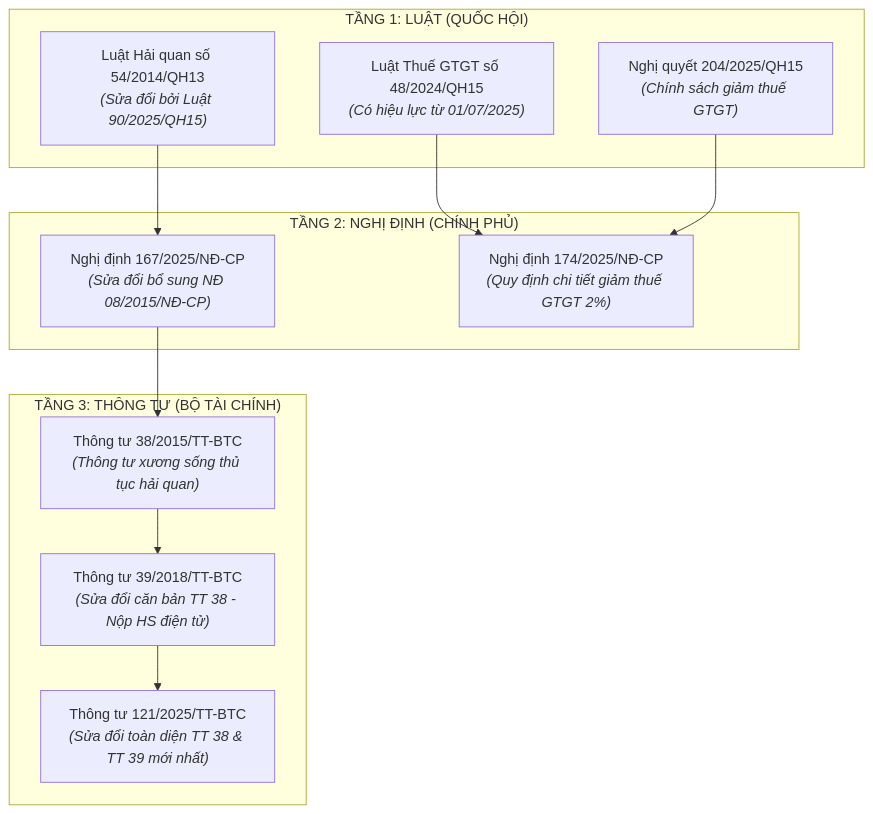
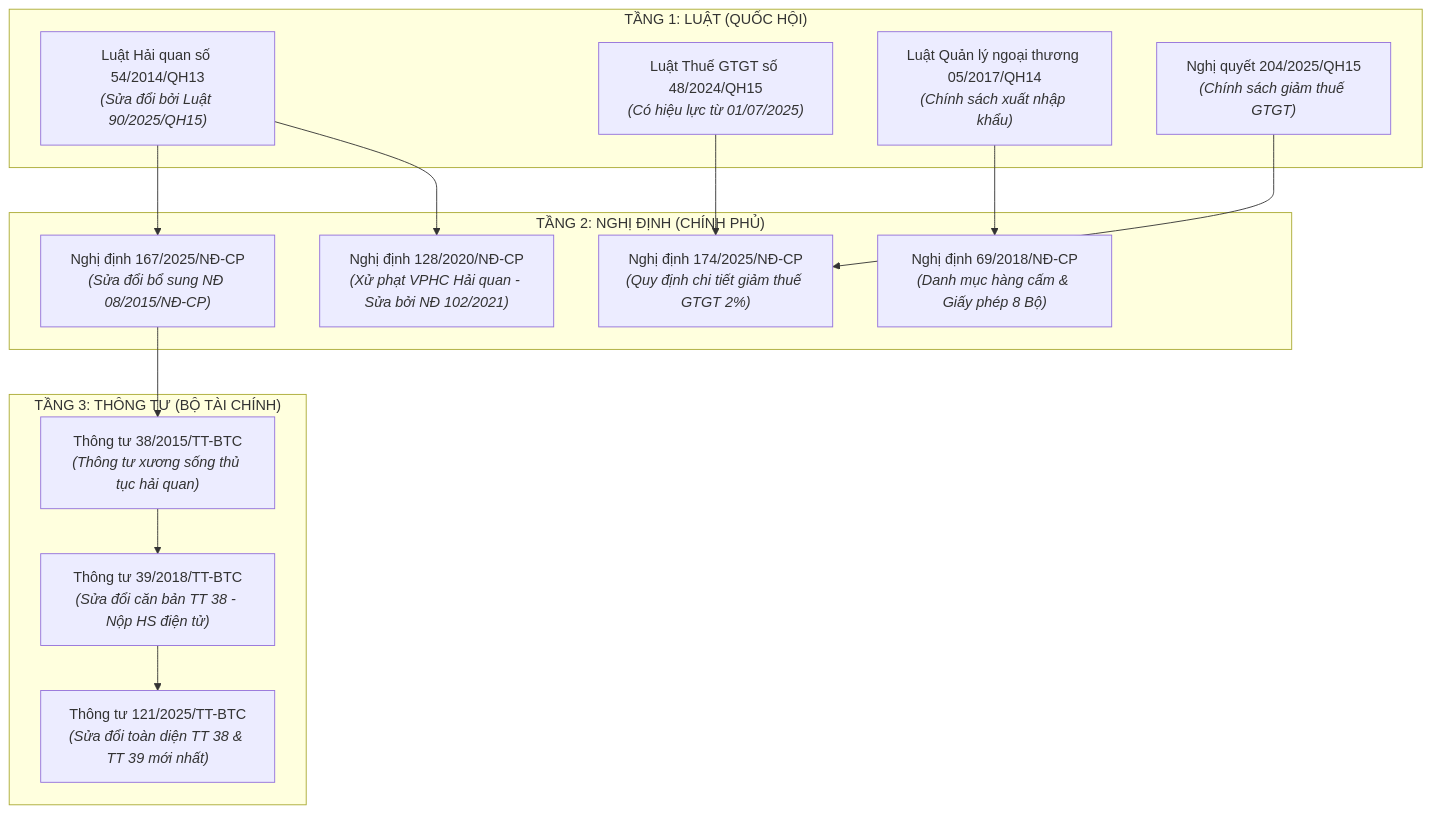
Before and after one commit to hoang050205-dot/-AI-h-c-mindX: the diagram in knowledge-base/legal-assets/README.md, drawn with Mermaid. The commit also changed other lines of this file and 71 other files, not shown here.

````diff
--- a/knowledge-base/legal-assets/README.md
+++ b/knowledge-base/legal-assets/README.md
@@ -19,27 +19,32 @@
 ```mermaid
 graph TD
     subgraph TANG_LUAT["TẦNG 1: LUẬT (QUỐC HỘI)"]
         L54["Luật Hải quan số 54/2014/QH13<br/><i>(Sửa đổi bởi Luật 90/2025/QH15)</i>"]
         L48["Luật Thuế GTGT số 48/2024/QH15<br/><i>(Có hiệu lực từ 01/07/2025)</i>"]
+        L05["Luật Quản lý ngoại thương 05/2017/QH14<br/><i>(Chính sách xuất nhập khẩu)</i>"]
         NQ204["Nghị quyết 204/2025/QH15<br/><i>(Chính sách giảm thuế GTGT)</i>"]
     end
 
     subgraph TANG_NGHI_DINH["TẦNG 2: NGHỊ ĐỊNH (CHÍNH PHỦ)"]
         ND167["Nghị định 167/2025/NĐ-CP<br/><i>(Sửa đổi bổ sung NĐ 08/2015/NĐ-CP)</i>"]
         ND174["Nghị định 174/2025/NĐ-CP<br/><i>(Quy định chi tiết giảm thuế GTGT 2%)</i>"]
+        ND128["Nghị định 128/2020/NĐ-CP<br/><i>(Xử phạt VPHC Hải quan - Sửa bởi NĐ 102/2021)</i>"]
+        ND69["Nghị định 69/2018/NĐ-CP<br/><i>(Danh mục hàng cấm & Giấy phép 8 Bộ)</i>"]
     end
 
     subgraph TANG_THONG_TU["TẦNG 3: THÔNG TƯ (BỘ TÀI CHÍNH)"]
         TT38["Thông tư 38/2015/TT-BTC<br/><i>(Thông tư xương sống thủ tục hải quan)</i>"]
         TT39["Thông tư 39/2018/TT-BTC<br/><i>(Sửa đổi căn bản TT 38 - Nộp HS điện tử)</i>"]
         TT121["Thông tư 121/2025/TT-BTC<br/><i>(Sửa đổi toàn diện TT 38 & TT 39 mới nhất)</i>"]
     end
 
     L54 --> ND167
+    L54 --> ND128
+    L05 --> ND69
     ND167 --> TT38
     TT38 --> TT39
     TT39 --> TT121
 
     L48 --> ND174
     NQ204 --> ND174
 ```
````
